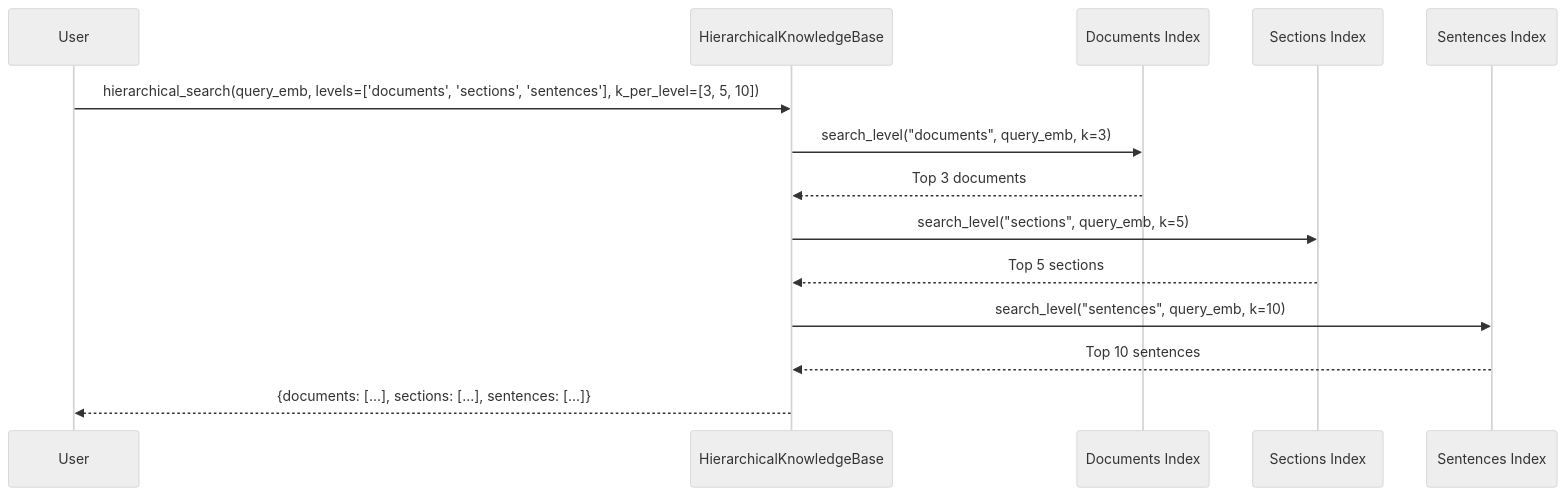
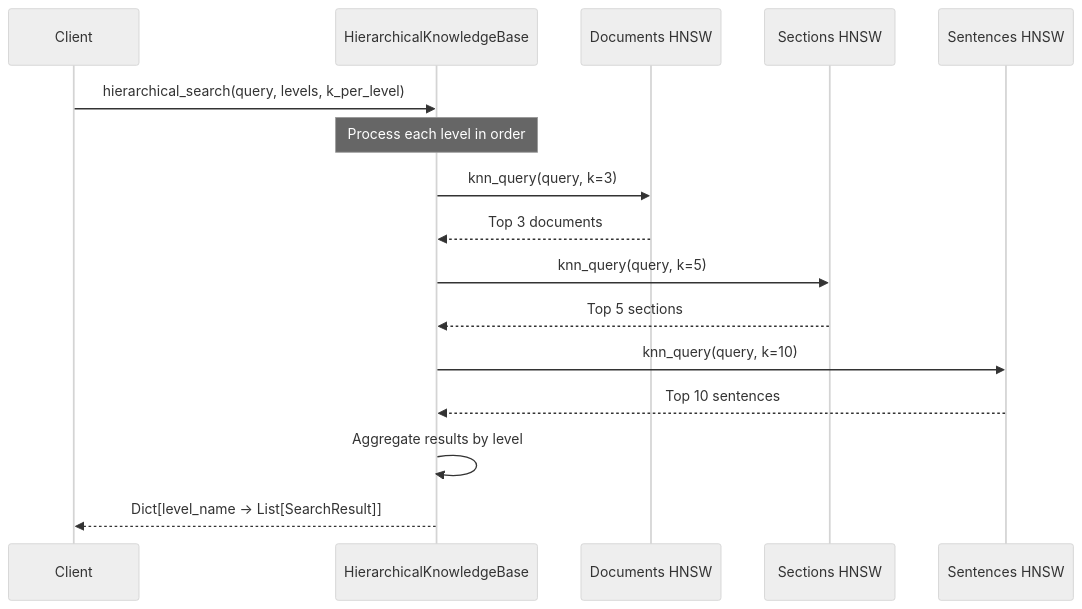
The fifth of 16 diagrams in src/examples/hnsw/hnsw_hierarchical_reasoning.md (dimitarpg13/rag_architectures_and_concepts), drawn with Mermaid (neutral theme) before and after one commit. The commit also changed other lines of this file, not shown here.

Commit message:
update diagram

````diff
--- a/src/examples/hnsw/hnsw_hierarchical_reasoning.md
+++ b/src/examples/hnsw/hnsw_hierarchical_reasoning.md
@@ -251,21 +173,24 @@
 ```mermaid
 sequenceDiagram
-    participant User
+    participant Client
     participant KB as HierarchicalKnowledgeBase
-    participant L0 as Documents Index
-    participant L1 as Sections Index
-    participant L2 as Sentences Index
+    participant DocIndex as Documents HNSW
+    participant SecIndex as Sections HNSW
+    participant SentIndex as Sentences HNSW
+
+    Client->>KB: hierarchical_search(query, levels, k_per_level)
     
-    User->>KB: hierarchical_search(query_emb, levels=['documents', 'sections', 'sentences'], k_per_level=[3, 5, 10])
+    Note over KB: Process each level in order
     
-    KB->>L0: search_level("documents", query_emb, k=3)
-    L0-->>KB: Top 3 documents
+    KB->>DocIndex: knn_query(query, k=3)
+    DocIndex-->>KB: Top 3 documents
     
-    KB->>L1: search_level("sections", query_emb, k=5)
-    L1-->>KB: Top 5 sections
+    KB->>SecIndex: knn_query(query, k=5)
+    SecIndex-->>KB: Top 5 sections
     
-    KB->>L2: search_level("sentences", query_emb, k=10)
-    L2-->>KB: Top 10 sentences
+    KB->>SentIndex: knn_query(query, k=10)
+    SentIndex-->>KB: Top 10 sentences
     
-    KB-->>User: {documents: [...], sections: [...], sentences: [...]}
+    KB->>KB: Aggregate results by level
+    KB-->>Client: Dict[level_name → List[SearchResult]]
 ```
````
